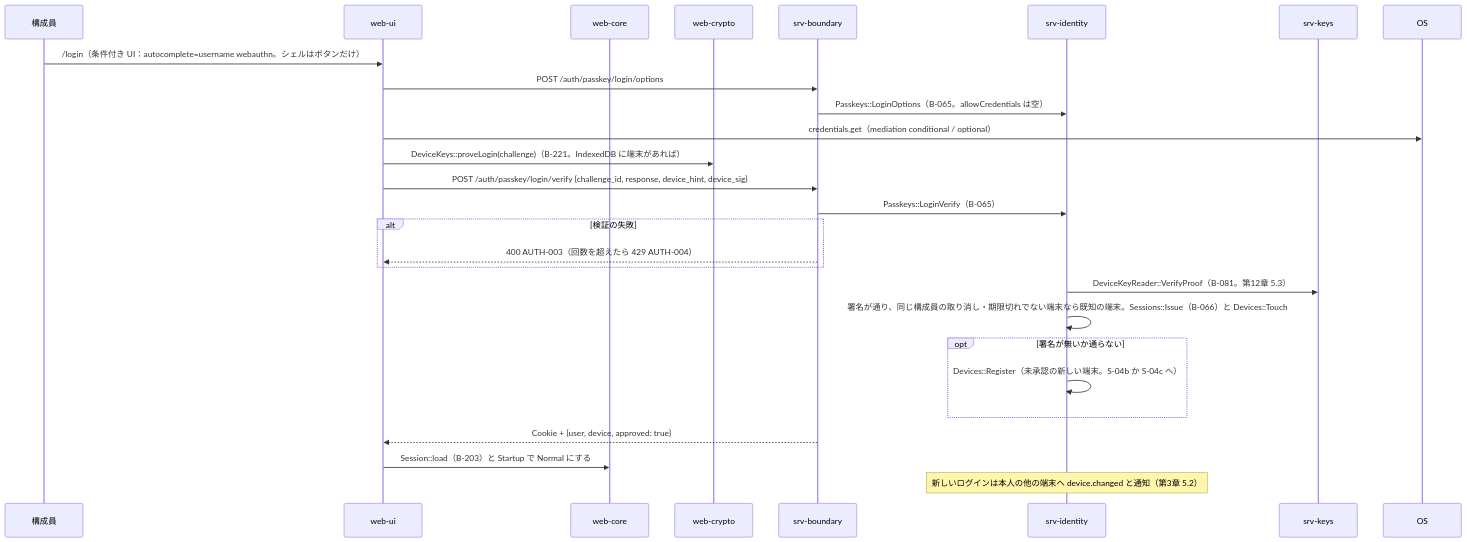
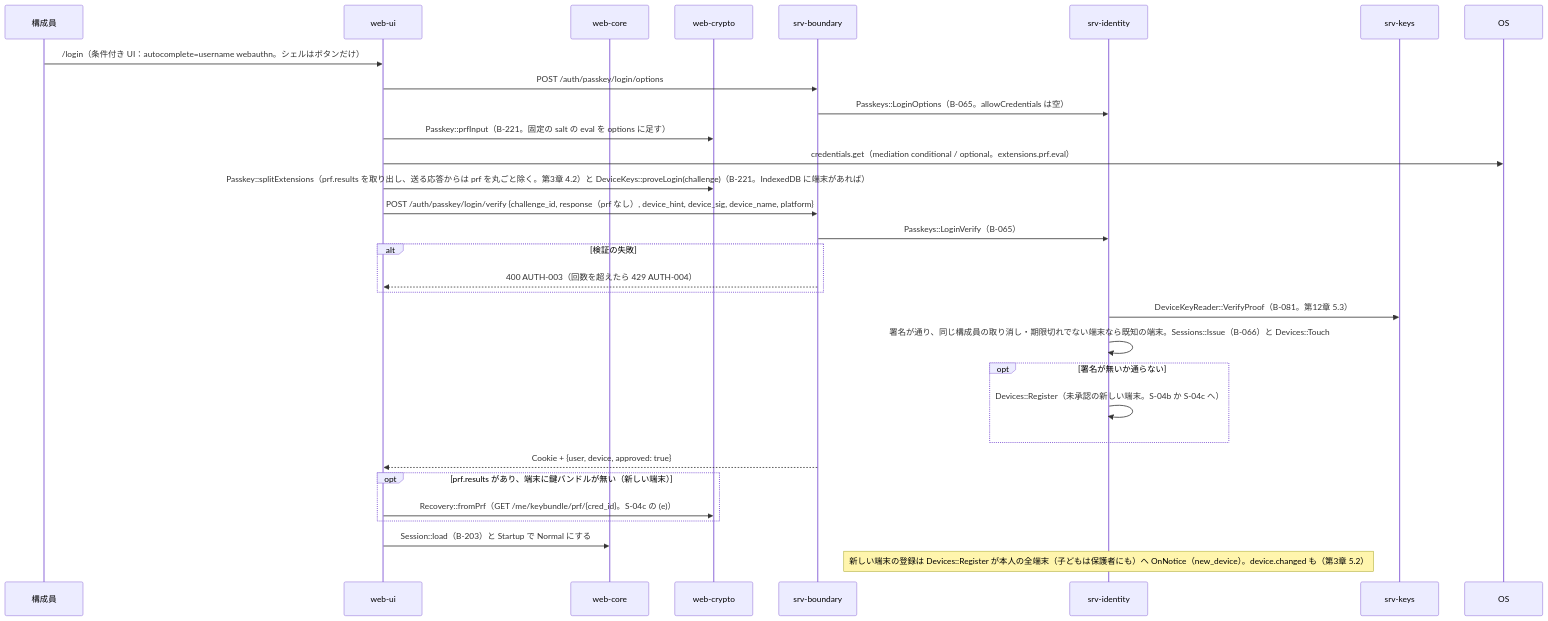
The first of 4 diagrams in dev/docs/jp/シーケンス/04_ログインと端末.md (nrsd-ishikawasou/family-talk-pwa), drawn with Mermaid before and after one commit. The commit also changed other lines of this file and 165 other files, not shown here.

````diff
--- a/dev/docs/jp/シーケンス/04_ログインと端末.md
+++ b/dev/docs/jp/シーケンス/04_ログインと端末.md
@@ -17,28 +17,32 @@
 ```mermaid
 sequenceDiagram
   participant U as 構成員
   participant UI as web-ui
   participant WC as web-core
   participant WX as web-crypto
   participant BD as srv-boundary
   participant ID as srv-identity
   participant KY as srv-keys
   U->>UI: /login（条件付き UI：autocomplete=username webauthn。シェルはボタンだけ）
   UI->>BD: POST /auth/passkey/login/options
   BD->>ID: Passkeys::LoginOptions（B-065。allowCredentials は空）
-  UI->>OS: credentials.get（mediation conditional / optional）
-  UI->>WX: DeviceKeys::proveLogin(challenge)（B-221。IndexedDB に端末があれば）
-  UI->>BD: POST /auth/passkey/login/verify {challenge_id, response, device_hint, device_sig}
+  UI->>WX: Passkey::prfInput（B-221。固定の salt の eval を options に足す）
+  UI->>OS: credentials.get（mediation conditional / optional。extensions.prf.eval）
+  UI->>WX: Passkey::splitExtensions（prf.results を取り出し、送る応答からは prf を丸ごと除く。第3章 4.2）と DeviceKeys::proveLogin(challenge)（B-221。IndexedDB に端末があれば）
+  UI->>BD: POST /auth/passkey/login/verify {challenge_id, response（prf なし）, device_hint, device_sig, device_name, platform}
   BD->>ID: Passkeys::LoginVerify（B-065）
   alt 検証の失敗
     BD-->>UI: 400 AUTH-003（回数を超えたら 429 AUTH-004）
   end
   ID->>KY: DeviceKeyReader::VerifyProof（B-081。第12章 5.3）
   ID->>ID: 署名が通り、同じ構成員の取り消し・期限切れでない端末なら既知の端末。Sessions::Issue（B-066）と Devices::Touch
   opt 署名が無いか通らない
     ID->>ID: Devices::Register（未承認の新しい端末。S-04b か S-04c へ）
   end
   BD-->>UI: Cookie + {user, device, approved: true}
+  opt prf.results があり、端末に鍵バンドルが無い（新しい端末）
+    UI->>WX: Recovery::fromPrf（GET /me/keybundle/prf/{cred_id}。S-04c の (e)）
+  end
   UI->>WC: Session::load（B-203）と Startup で Normal にする
-  Note over ID: 新しいログインは本人の他の端末へ device.changed と通知（第3章 5.2）
+  Note over ID: 新しい端末の登録は Devices::Register が本人の全端末（子どもは保護者にも）へ OnNotice（new_device）。device.changed も（第3章 5.2）
 ```
````
